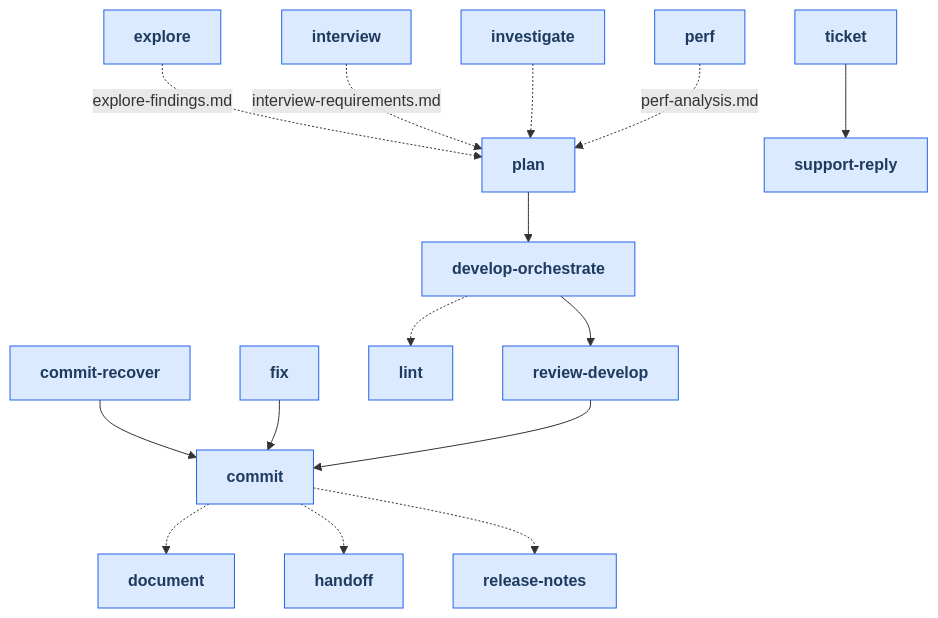
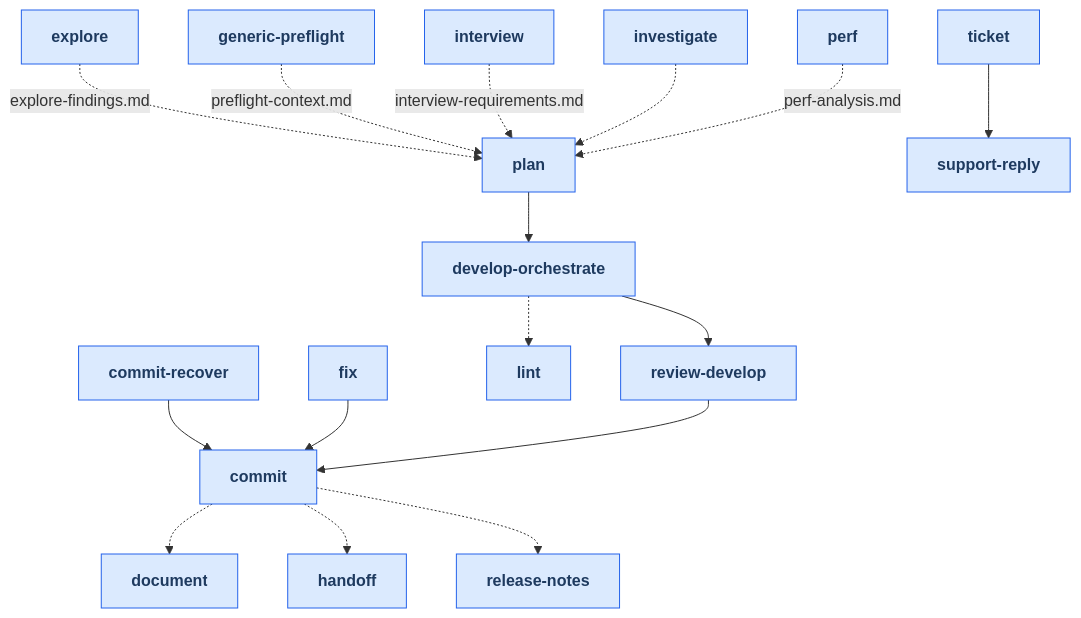
One commit to russell-laing/al-dev-shared changed the first of 24 diagrams in docs/skills_map.md. Above: the diagram before and after it, drawn with Mermaid. The commit also changed other lines of this file and 4 other files, not shown here.

````diff
--- a/docs/skills_map.md
+++ b/docs/skills_map.md
@@ -22,52 +22,55 @@
 ```mermaid
 flowchart TD
     classDef skillNode fill:#dbeafe,stroke:#2563eb,color:#1e3a5f,font-weight:bold
     skill_commit[commit]
     skill_commit_recover[commit-recover]
     skill_develop_orchestrate[develop-orchestrate]
     skill_document[document]
     skill_explore[explore]
     skill_fix[fix]
+    skill_generic_preflight[generic-preflight]
     skill_handoff[handoff]
     skill_interview[interview]
     skill_investigate[investigate]
     skill_lint[lint]
     skill_perf[perf]
     skill_plan[plan]
     skill_release_notes[release-notes]
     skill_review_develop[review-develop]
     skill_support_reply[support-reply]
     skill_ticket[ticket]
 
     skill_commit -.-> skill_document
     skill_commit -.-> skill_handoff
     skill_commit -.-> skill_release_notes
     skill_commit_recover --> skill_commit
     skill_develop_orchestrate --> skill_review_develop
     skill_develop_orchestrate -.-> skill_lint
     skill_explore -.-> |explore-findings.md| skill_plan
     skill_fix --> skill_commit
+    skill_generic_preflight -.-> |preflight-context.md| skill_plan
     skill_interview -.-> |interview-requirements.md| skill_plan
     skill_investigate -.-> skill_plan
     skill_perf -.-> |perf-analysis.md| skill_plan
     skill_plan --> skill_develop_orchestrate
     skill_review_develop --> skill_commit
     skill_ticket --> skill_support_reply
 
     class skill_commit skillNode
     class skill_commit_recover skillNode
     class skill_develop_orchestrate skillNode
     class skill_document skillNode
     class skill_explore skillNode
     class skill_fix skillNode
+    class skill_generic_preflight skillNode
     class skill_handoff skillNode
     class skill_interview skillNode
     class skill_investigate skillNode
     class skill_lint skillNode
     class skill_perf skillNode
     class skill_plan skillNode
     class skill_release_notes skillNode
     class skill_review_develop skillNode
     class skill_support_reply skillNode
     class skill_ticket skillNode
 ```
````
